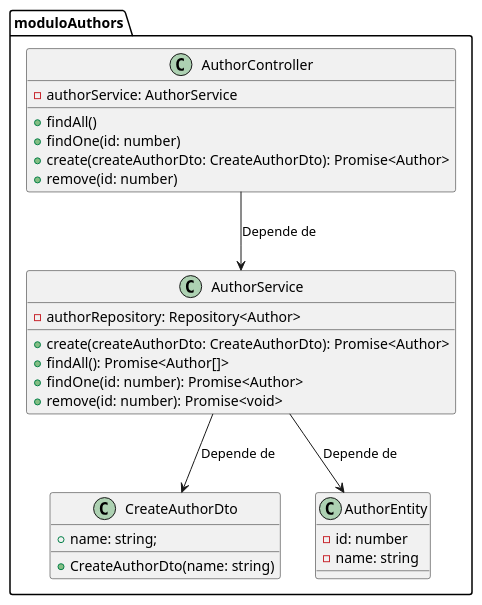
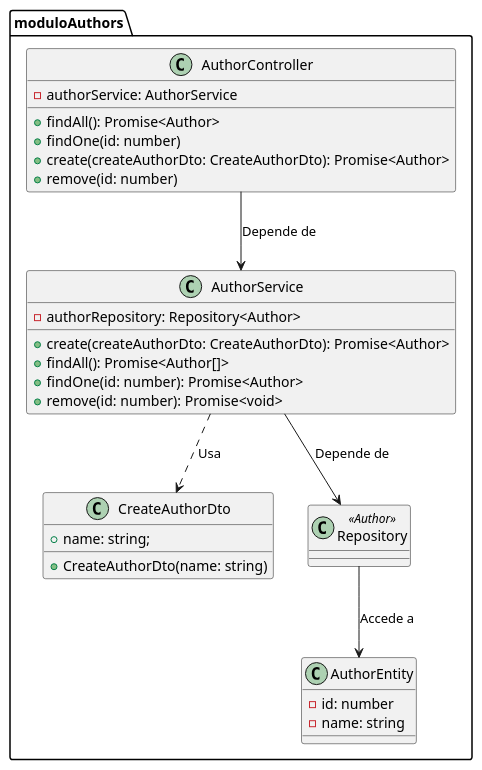
The diagram in documentacion/Diagrama de Clases/authors/authors.puml (LucasFrey-tech/Biblioteca), drawn with PlantUML before and after one commit. The commit also changed 18 other files, not shown here.

Commit message:
Diagramas

```diff
--- a/documentacion/Diagrama de Clases/authors/authors.puml
+++ b/documentacion/Diagrama de Clases/authors/authors.puml
@@ -1,38 +1,42 @@
 @startuml
 package moduloAuthors {
     class AuthorService {
         - authorRepository: Repository<Author>
 
         + create(createAuthorDto: CreateAuthorDto): Promise<Author>
         + findAll(): Promise<Author[]>
         + findOne(id: number): Promise<Author>
         + remove(id: number): Promise<void>
     }
 
     class AuthorController {
         - authorService: AuthorService
 
-        + findAll()
+        + findAll(): Promise<Author>
         + findOne(id: number)
         + create(createAuthorDto: CreateAuthorDto): Promise<Author>
         + remove(id: number)
     }
 
     class CreateAuthorDto {
         + name: string;
 
         + CreateAuthorDto(name: string)
     }
 
     class AuthorEntity{
         - id: number
         - name: string
     }
+
+    class Repository<<Author>>{
+
+    }
 }
 
 ' Relaciones
 AuthorController --> AuthorService : Depende de
-AuthorService --> CreateAuthorDto : Depende de
-AuthorService --> AuthorEntity : Depende de
-
+AuthorService ..> CreateAuthorDto : Usa
+AuthorService --> Repository : Depende de
+Repository --> AuthorEntity : Accede a
 @enduml
```
